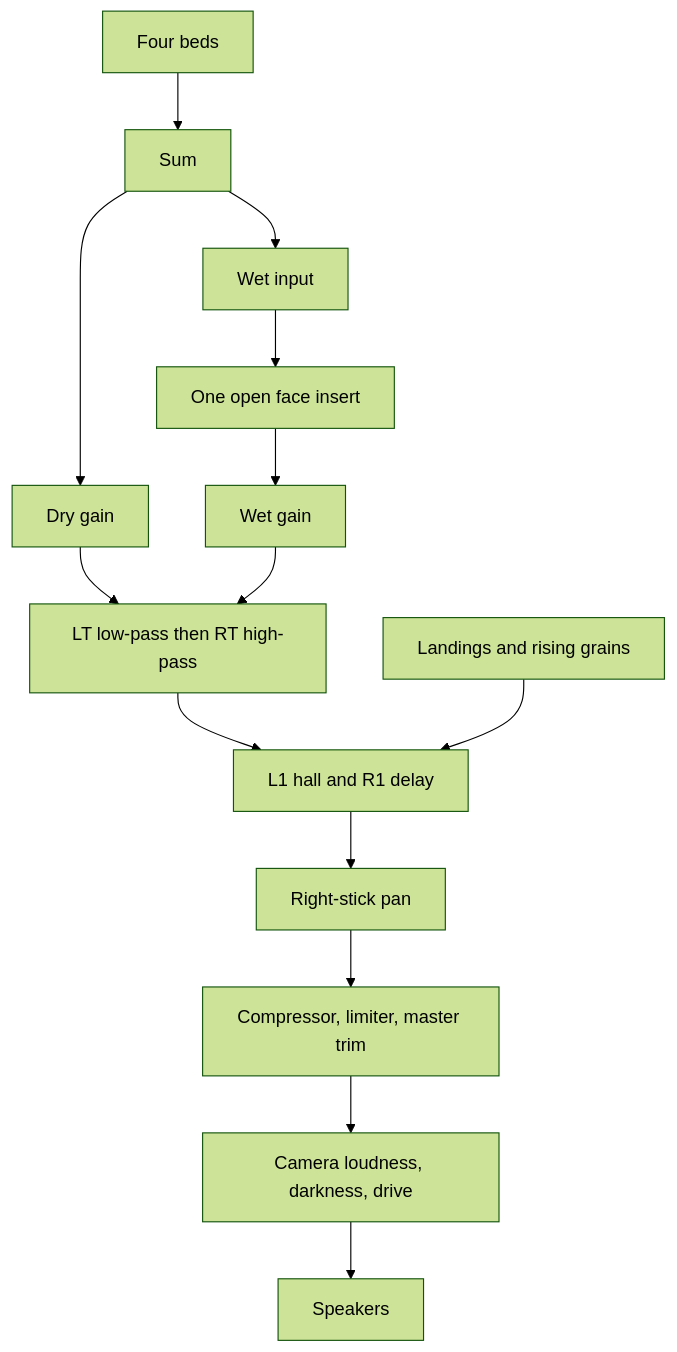
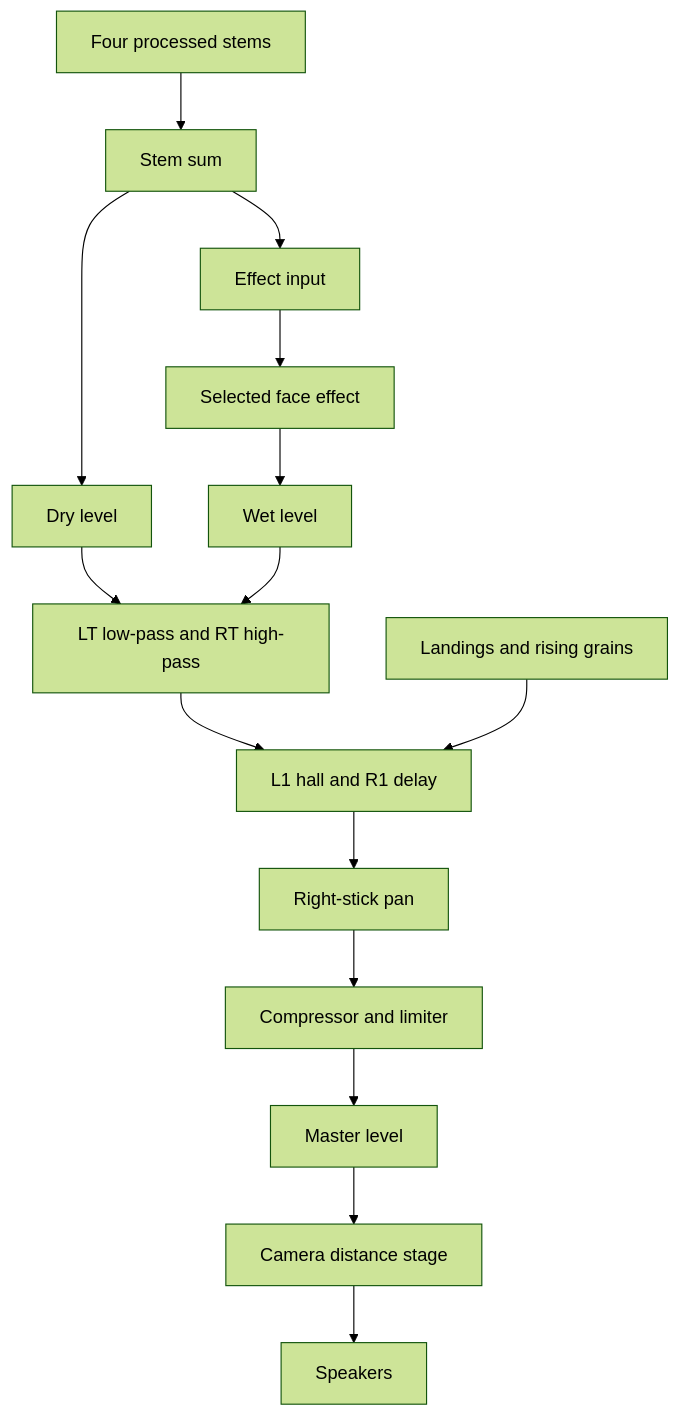
The diagram in documentation/audio-graph.md (skinjester/Audible-Field), drawn with Mermaid (forest theme) before and after one commit. The commit also changed other lines of this file and 7 other files, not shown here.

Commit message:
Refactor README.md, audio-graph.md, and falling-blocks.md for clarity and consistency. Update input instructions in index.html and enhance UI elements in styles.css for improved user experience. Adjust version numbers in relevant files for consistency across the project.

````diff
--- a/documentation/audio-graph.md
+++ b/documentation/audio-graph.md
@@ -38,30 +36,32 @@
 ```mermaid
 flowchart TB
-  beds[Four beds]
-  sum[Sum]
-  dry[Dry gain]
-  wetIn[Wet input]
-  fx[One open face insert]
-  wet[Wet gain]
-  tone[LT low-pass then RT high-pass]
-  shoulders[L1 hall and R1 delay]
-  voices[Landings and rising grains]
-  pan[Right-stick pan]
-  out[Compressor, limiter, master trim]
-  camera[Camera loudness, darkness, drive]
-  dest[Speakers]
+  beds[Four processed stems]
+  sum[Stem sum]
+  dry[Dry level]
+  wetInput[Effect input]
+  faceFx[Selected face effect]
+  wet[Wet level]
+  filters[LT low-pass and RT high-pass]
+  shoulderFx[L1 hall and R1 delay]
+  extraVoices[Landings and rising grains]
+  globalPan[Right-stick pan]
+  dynamics[Compressor and limiter]
+  master[Master level]
+  camera[Camera distance stage]
+  speakers[Speakers]
 
   beds --> sum
   sum --> dry
-  sum --> wetIn
-  wetIn --> fx
-  fx --> wet
-  dry --> tone
-  wet --> tone
-  tone --> shoulders
-  voices --> shoulders
-  shoulders --> pan
-  pan --> out
-  out --> camera
-  camera --> dest
+  sum --> wetInput
+  wetInput --> faceFx
+  faceFx --> wet
+  dry --> filters
+  wet --> filters
+  filters --> shoulderFx
+  extraVoices --> shoulderFx
+  shoulderFx --> globalPan
+  globalPan --> dynamics
+  dynamics --> master
+  master --> camera
+  camera --> speakers
 ```
````
